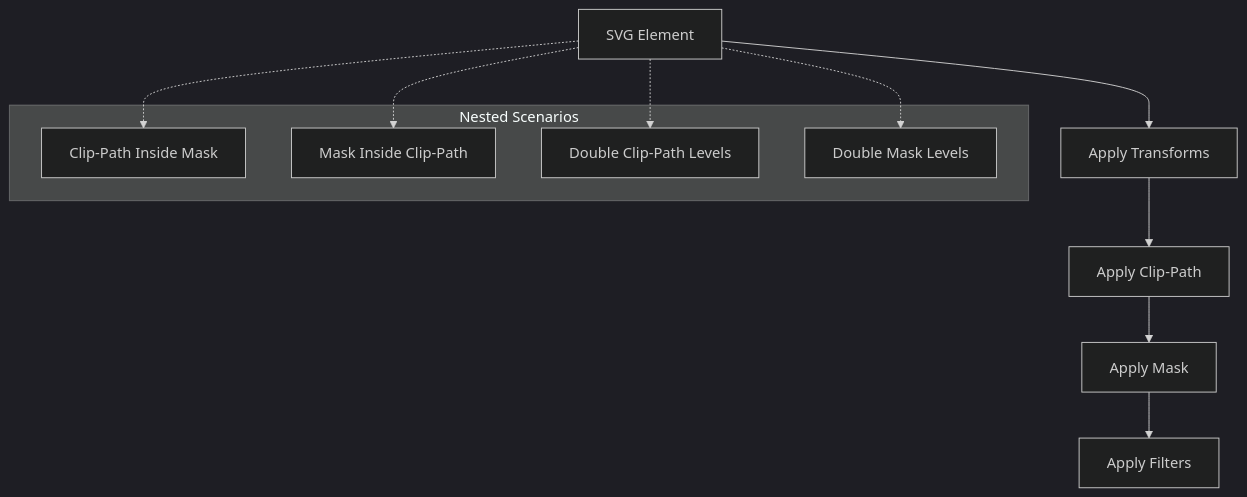
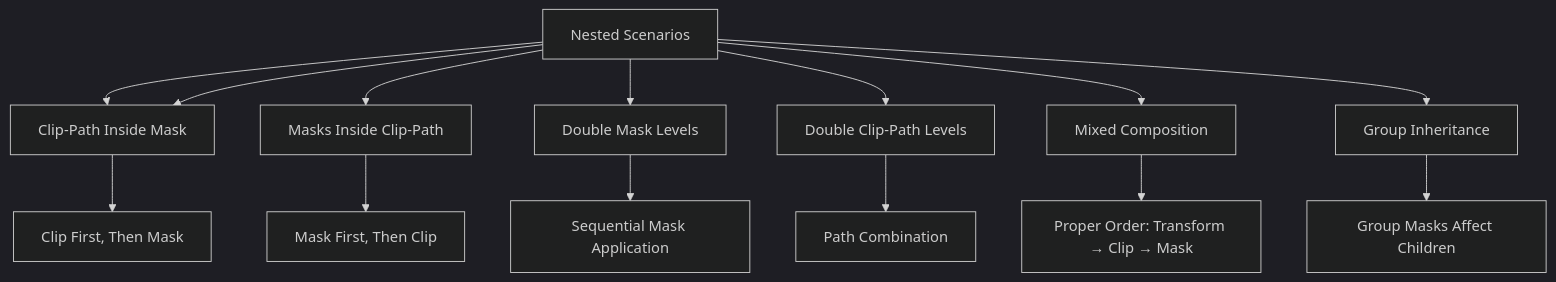
The fifth of 5 diagrams in .qoder/repowiki/en/content/Animated SVG Support/Advanced Animation Features/SVG Filters and Effects/Advanced Clipping and Masking System.md (denisnadey/flutter_full_svg_support), drawn with Mermaid (dark theme) before and after one commit. The commit also changed other lines of this file and 5 other files, not shown here.

````diff
--- a/.qoder/repowiki/en/content/Animated SVG Support/Advanced Animation Features/SVG Filters and Effects/Advanced Clipping and Masking System.md
+++ b/.qoder/repowiki/en/content/Animated SVG Support/Advanced Animation Features/SVG Filters and Effects/Advanced Clipping and Masking System.md
@@ -279,17 +274,21 @@
 ```mermaid
 flowchart TD
-Element[SVG Element] --> Transform[Apply Transforms]
-Transform --> ClipPath[Apply Clip-Path]
-ClipPath --> Mask[Apply Mask]
-Mask --> Filter[Apply Filters]
-subgraph "Nested Scenarios"
-ClipInsideMask[Clip-Path Inside Mask]
-MaskInsideClip[Mask Inside Clip-Path]
-DoubleClip[Double Clip-Path Levels]
-DoubleMask[Double Mask Levels]
-end
-Element -.-> ClipInsideMask
-Element -.-> MaskInsideClip
-Element -.-> DoubleClip
-Element -.-> DoubleMask
+NS[Nested Scenarios] --> CPIM[Clip-Path Inside Mask]
+MIC[Masks Inside Clip-Path]
+DM[Double Mask Levels]
+DC[Double Clip-Path Levels]
+MC[Mixed Composition]
+GI[Group Inheritance]
+NS --> CPIM
+NS --> MIC
+NS --> DM
+NS --> DC
+NS --> MC
+NS --> GI
+CPIM --> CPM[Clip First, Then Mask]
+MIC --> MCF[Mask First, Then Clip]
+DM --> DMC[Sequential Mask Application]
+DC --> DCC[Path Combination]
+MC --> MCP[Proper Order: Transform → Clip → Mask]
+GI --> GIP[Group Masks Affect Children]
 ```
````
